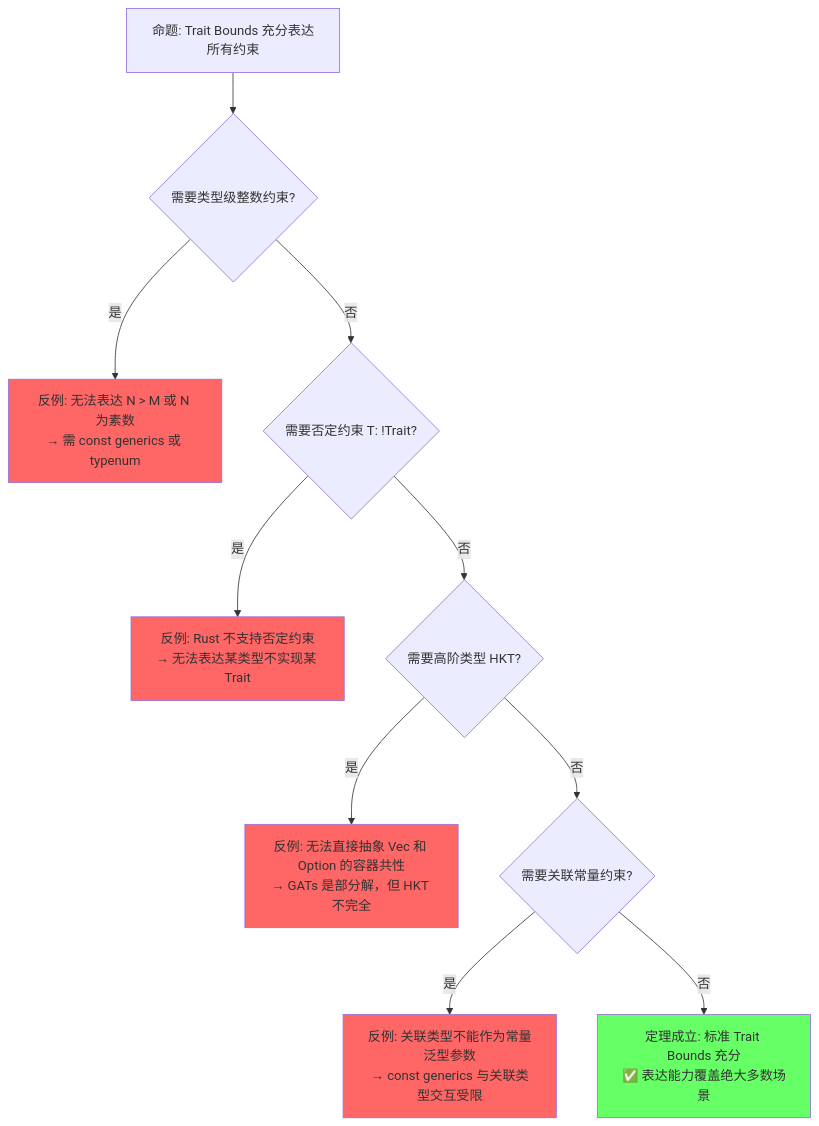
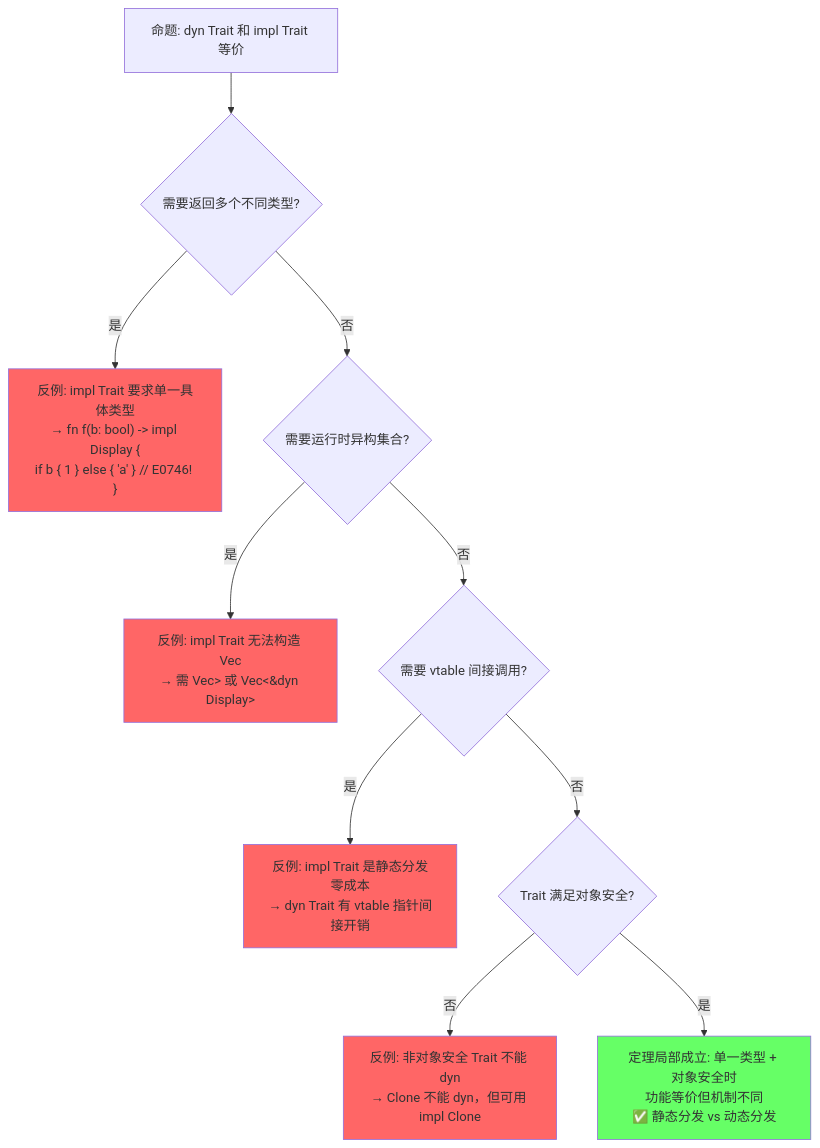
Before and after one commit to martin-ly/rust-lang: the fourth of 5 diagrams in concept/02_intermediate/01_traits.md, drawn with Mermaid. The commit also changed other lines of this file and 3 other files, not shown here.

````diff
--- a/concept/02_intermediate/01_traits.md
+++ b/concept/02_intermediate/01_traits.md
@@ -405,18 +410,18 @@
 ```mermaid
 graph TD
-    P["命题: Trait Bounds 充分表达所有约束"] --> Q1{"需要类型级整数约束?"}
-    Q1 -->|是| F1["反例: 无法表达 N > M 或 N 为素数<br/>→ 需 const generics 或 typenum"]
-    Q1 -->|否| Q2{"需要否定约束 T: !Trait?"}
-    Q2 -->|是| F2["反例: Rust 不支持否定约束<br/>→ 无法表达"某类型不实现某 Trait""]
-    Q2 -->|否| Q3{"需要高阶类型 HKT?"}
-    Q3 -->|是| F3["反例: 无法直接抽象 Vec<T> 和 Option<T> 的容器共性<br/>→ GATs 是部分解，但 HKT 不完全"]
-    Q3 -->|否| Q4{"需要关联常量约束?"}
-    Q4 -->|是| F4["反例: 关联类型不能作为常量泛型参数<br/>→ const generics 与关联类型交互受限"]
-    Q4 -->|否| T1["定理成立: 标准 Trait Bounds 充分<br/>✅ 表达能力覆盖绝大多数场景"]
+    P["命题: dyn Trait 和 impl Trait 等价"] --> Q1{"需要返回多个不同类型?"}
+    Q1 -->|是| F1["反例: impl Trait 要求单一具体类型<br/>→ fn f(b: bool) -> impl Display {<br/>if b { 1 } else { 'a' } // E0746! }"]
+    Q1 -->|否| Q2{"需要运行时异构集合?"}
+    Q2 -->|是| F2["反例: impl Trait 无法构造 Vec<impl Display><br/>→ 需 Vec<Box<dyn Display>> 或 Vec<&dyn Display>"]
+    Q2 -->|否| Q3{"需要 vtable 间接调用?"}
+    Q3 -->|是| F3["反例: impl Trait 是静态分发零成本<br/>→ dyn Trait 有 vtable 指针间接开销"]
+    Q3 -->|否| Q4{"Trait 满足对象安全?"}
+    Q4 -->|否| F4["反例: 非对象安全 Trait 不能 dyn<br/>→ Clone 不能 dyn，但可用 impl Clone"]
+    Q4 -->|是| T1["定理局部成立: 单一类型 + 对象安全时<br/>功能等价但机制不同<br/>✅ 静态分发 vs 动态分发"]
 
     style F1 fill:#f66
     style F2 fill:#f66
     style F3 fill:#f66
     style F4 fill:#f66
     style T1 fill:#6f6
 ```
````
